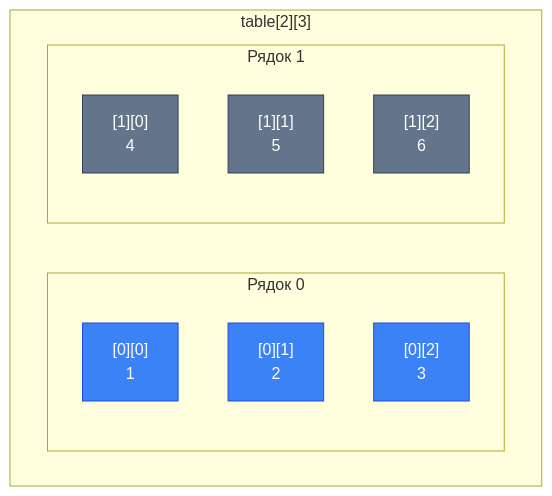
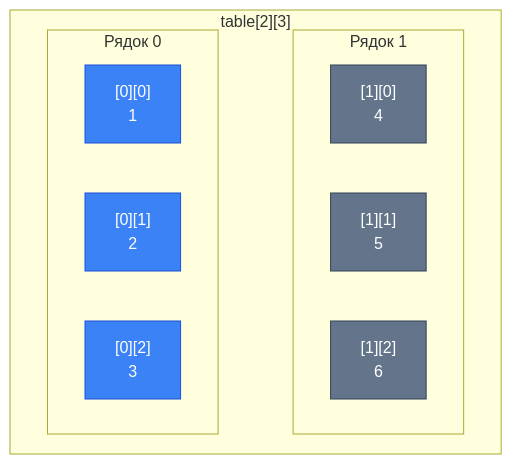
The second of 2 diagrams in content/02.cpp/09.arrays.md (arakviel/kostyl.dev), drawn with Mermaid before and after one commit. The commit also changed other lines of this file and 24 other files, not shown here.

````diff
--- a/content/02.cpp/09.arrays.md
+++ b/content/02.cpp/09.arrays.md
@@ -396,22 +447,23 @@
 ```mermaid
 graph TD
     subgraph "table[2][3]"
         subgraph "Рядок 0"
             A["[0][0]\n1"]
             B["[0][1]\n2"]
             C["[0][2]\n3"]
         end
         subgraph "Рядок 1"
             D["[1][0]\n4"]
             E["[1][1]\n5"]
             F["[1][2]\n6"]
         end
+        A ~~~ D
     end
 
     style A fill:#3b82f6,stroke:#1d4ed8,color:#ffffff
     style B fill:#3b82f6,stroke:#1d4ed8,color:#ffffff
     style C fill:#3b82f6,stroke:#1d4ed8,color:#ffffff
     style D fill:#64748b,stroke:#334155,color:#ffffff
     style E fill:#64748b,stroke:#334155,color:#ffffff
     style F fill:#64748b,stroke:#334155,color:#ffffff
 ```
````
